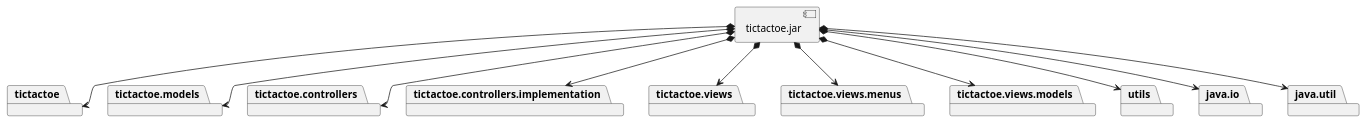
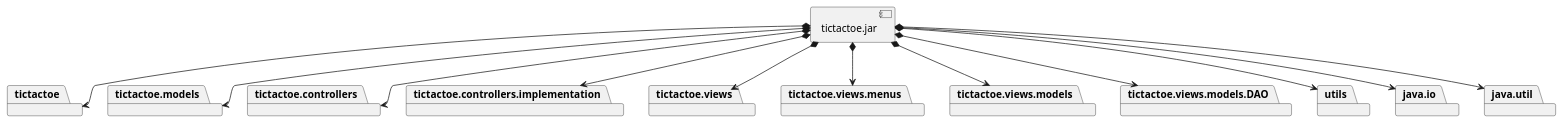
One commit to x-USantaTecla-game-ticTacToe/java changed the third of 6 diagrams in docs/src/docs/asciidoc/index.adoc. Above: the diagram before and after it, drawn with PlantUML. The commit also changed other lines of this file and 48 other files, not shown here.

```diff
--- a/docs/src/docs/asciidoc/index.adoc
+++ b/docs/src/docs/asciidoc/index.adoc
@@ -1406,38 +1477,41 @@
 [plantuml,diagramaImplementacion,svg]
 ....
 
 package "  "  as tictactoe {
 }
 package "  "  as tictactoe.models {
 }
 package "  "  as tictactoe.controllers {
 }
 package "  "  as tictactoe.controllers.implementation {
 }
 package "  "  as tictactoe.views {
 }
 package "  "  as tictactoe.views.menus {
 }
 package "  "  as tictactoe.views.models {
 }
+package "  "  as tictactoe.views.models.DAO {
+}
 package "  "  as utils {
 }
 package "  "  as java.io {
 }
 package "  "  as java.util {
 }
 
 [tictactoe.jar] as jar
 
 jar *--> tictactoe
 jar *--> tictactoe.models
 jar *--> tictactoe.controllers
 jar *--> tictactoe.controllers.implementation
 jar *--> tictactoe.views
 jar *--> tictactoe.views.menus
 jar *--> tictactoe.views.models
+jar *--> tictactoe.views.models.DAO
 jar *--> utils
 jar *--> java.io
 jar *--> java.util
 
 ....
```
